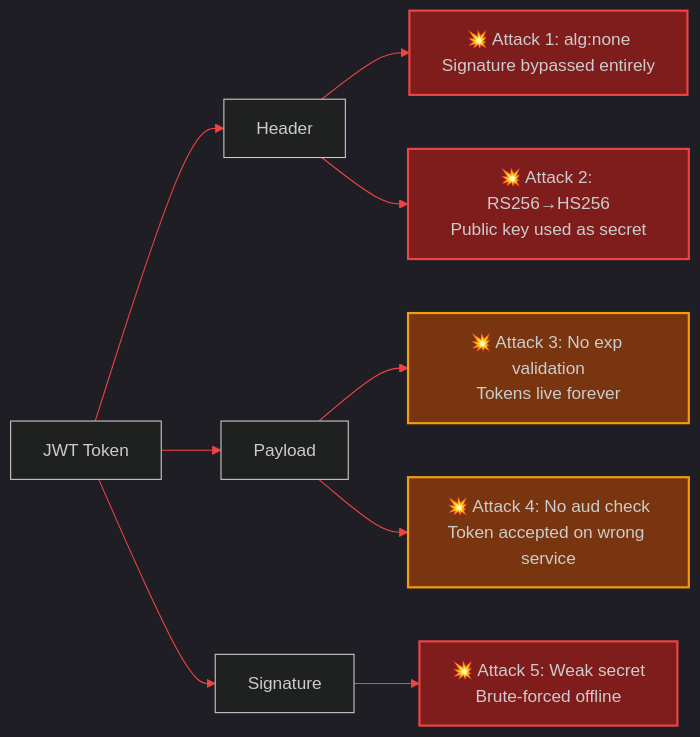
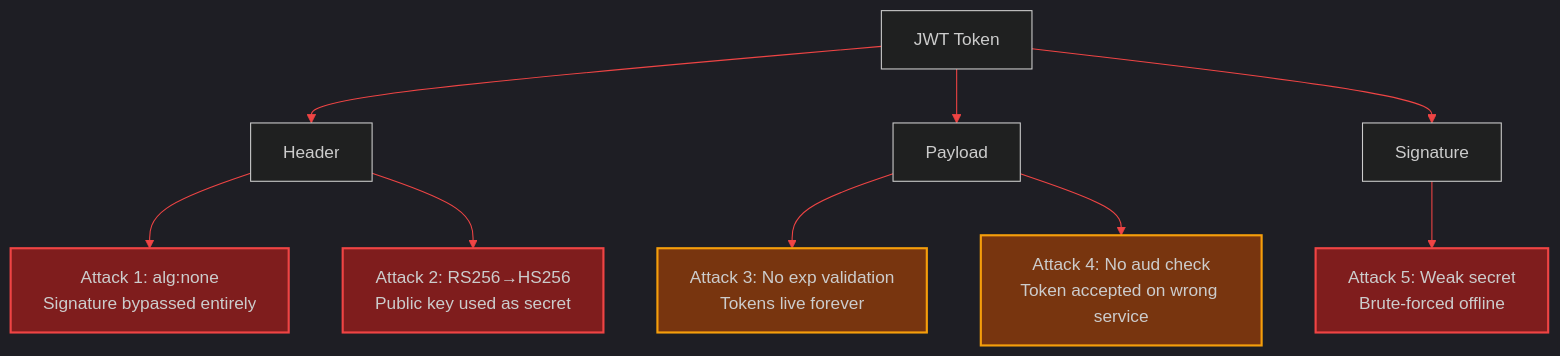
The diagram in blog/posts/jwt-security-what-they-dont-teach-you.md (akmalkhaniub/akmalkhaniub.github.io), drawn with Mermaid before and after one commit. The commit also changed other lines of this file and 411 other files, not shown here.

````diff
--- a/blog/posts/jwt-security-what-they-dont-teach-you.md
+++ b/blog/posts/jwt-security-what-they-dont-teach-you.md
@@ -13,19 +13,19 @@
 ```mermaid
 %%{init: {'theme': 'dark', 'themeVariables': { 'primaryColor': '#ef4444', 'primaryTextColor': '#f3f4f6', 'primaryBorderColor': '#f87171', 'lineColor': '#ef4444', 'secondaryColor': '#111827', 'tertiaryColor': '#0f172a'}}}%%
-flowchart LR
+flowchart TD
     T[JWT Token] --> H[Header]
     T --> P[Payload]
     T --> S[Signature]
 
-    H --> A1[💥 Attack 1: alg:none<br/>Signature bypassed entirely]
-    H --> A2[💥 Attack 2: RS256→HS256<br/>Public key used as secret]
-    P --> A3[💥 Attack 3: No exp validation<br/>Tokens live forever]
-    P --> A4[💥 Attack 4: No aud check<br/>Token accepted on wrong service]
-    S --> A5[💥 Attack 5: Weak secret<br/>Brute-forced offline]
+    H --> A1[ Attack 1: alg:none<br/>Signature bypassed entirely]
+    H --> A2[ Attack 2: RS256→HS256<br/>Public key used as secret]
+    P --> A3[ Attack 3: No exp validation<br/>Tokens live forever]
+    P --> A4[ Attack 4: No aud check<br/>Token accepted on wrong service]
+    S --> A5[ Attack 5: Weak secret<br/>Brute-forced offline]
 
     style A1 fill:#7f1d1d,stroke:#ef4444,stroke-width:2px
     style A2 fill:#7f1d1d,stroke:#ef4444,stroke-width:2px
     style A3 fill:#78350f,stroke:#f59e0b,stroke-width:2px
     style A4 fill:#78350f,stroke:#f59e0b,stroke-width:2px
     style A5 fill:#7f1d1d,stroke:#ef4444,stroke-width:2px
 ```
````
